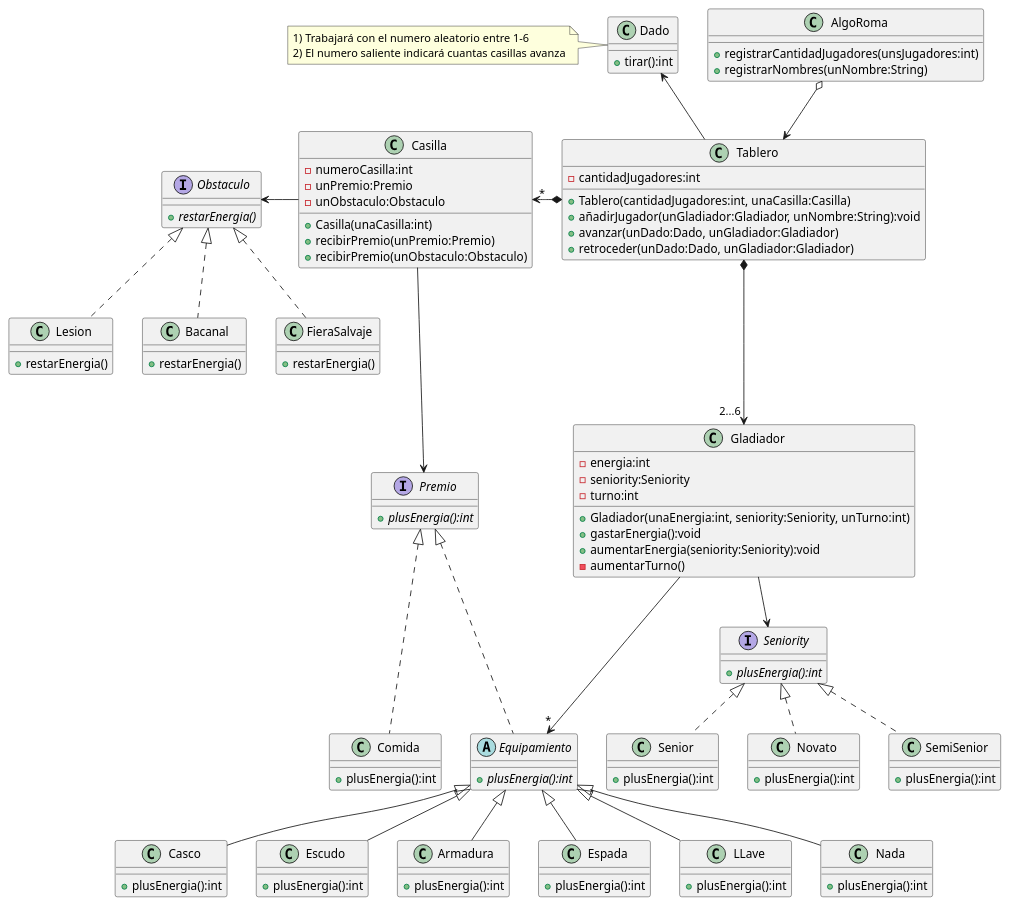
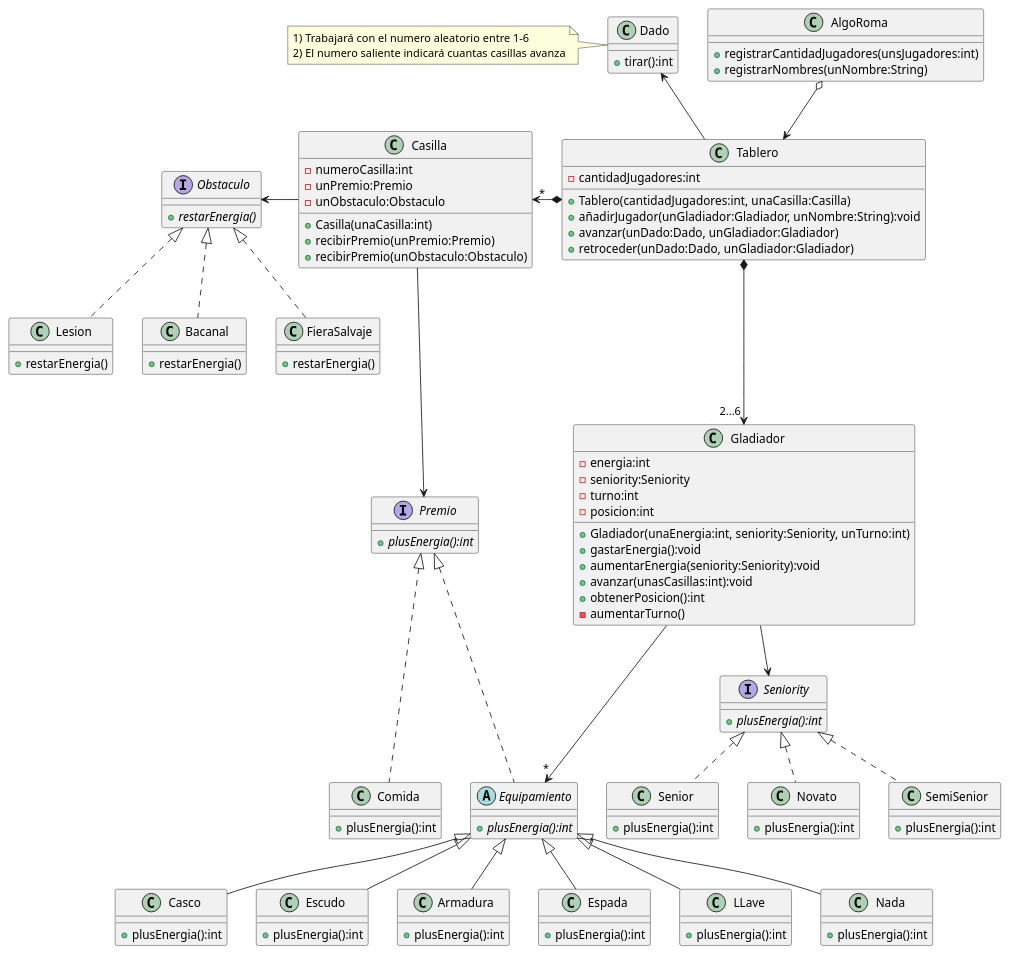
Before and after one commit to GiaWong/Algo3_TP2_2C2023: the diagram in diagrams/classes/Modelo_V1.puml, drawn with PlantUML. The commit also changed 4 other files, not shown here.

```diff
--- a/diagrams/classes/Modelo_V1.puml
+++ b/diagrams/classes/Modelo_V1.puml
@@ -1,135 +1,139 @@
 @startuml
 
 
 class   AlgoRoma{
     +registrarCantidadJugadores(unsJugadores:int)
     +registrarNombres(unNombre:String)
 }
 
 
 class Gladiador{
     -energia:int
     -seniority:Seniority
     -turno:int
+    -posicion:int
     +Gladiador(unaEnergia:int, seniority:Seniority, unTurno:int)
     +gastarEnergia():void
     +aumentarEnergia(seniority:Seniority):void
+    +avanzar(unasCasillas:int):void
+    +obtenerPosicion():int
     -aumentarTurno()
+
 }
 
 
 class Tablero{
     -cantidadJugadores:int
     +Tablero(cantidadJugadores:int, unaCasilla:Casilla)
     +añadirJugador(unGladiador:Gladiador, unNombre:String):void
     +avanzar(unDado:Dado, unGladiador:Gladiador)
     +retroceder(unDado:Dado, unGladiador:Gladiador)
 }
 
 
 class Dado{
     +tirar():int
 }
 note left: 1) Trabajará con el numero aleatorio entre 1-6\n2) El numero saliente indicará cuantas casillas avanza
 
 
 interface Premio{
     +{abstract}plusEnergia():int
 }
 
 interface  Obstaculo{
     +{abstract}restarEnergia()
 }
 class Bacanal{
     +restarEnergia()
 }
 class FieraSalvaje{
     +restarEnergia()
 }
 class Lesion{
     +restarEnergia()
 }
 
 
 interface  Seniority{
 
     +{abstract}plusEnergia():int
 
 }
 class Novato{
     +plusEnergia():int
 }
 class SemiSenior{
     +plusEnergia():int
 }
 class Senior{
     +plusEnergia():int
 }
 
 
 abstract class  Equipamiento{
     +{abstract}plusEnergia():int
 }
 class Casco{
     +plusEnergia():int
 }
 class Escudo{
     +plusEnergia():int
 }
 class Armadura{
     +plusEnergia():int
 }
 class Espada{
     +plusEnergia():int
 }
 class LLave{
     +plusEnergia():int
 }
 class Nada{
     +plusEnergia():int
 }
 
 class Comida{
     +plusEnergia():int
 }
 
 class Casilla{
     -numeroCasilla:int
     -unPremio:Premio
     -unObstaculo:Obstaculo
     +Casilla(unaCasilla:int)
     +recibirPremio(unPremio:Premio)
     +recibirPremio(unObstaculo:Obstaculo)
 }
 
 
 Tablero *-left->"*"Casilla
 Tablero *--->"2...6 "Gladiador
 AlgoRoma o--> Tablero
 Tablero -up-> Dado
 
 Casilla --left-> Obstaculo
 Casilla ---> Premio
 Gladiador --> Seniority
 
 Premio <|... Comida
 Premio <|... Equipamiento
 
 Equipamiento <|-- Casco
 Equipamiento <|-- Escudo
 Equipamiento <|-- Armadura
 Equipamiento <|-- Espada
 Equipamiento <|-- LLave
 Equipamiento <|-- Nada
 
 Obstaculo <|.. Bacanal
 Obstaculo <|.. FieraSalvaje
 Obstaculo <|.. Lesion
 
 Seniority <|.. Novato
 Seniority <|.. SemiSenior
 Seniority <|.. Senior
 
 Gladiador -> "*"Equipamiento
 
 @enduml
```
